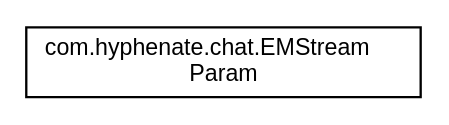
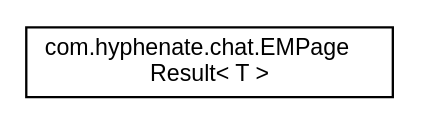
The diagram in static/apidoc/android/chat3.0/inherit_graph_56.dot (easemob/www.easemob.com), drawn with Graphviz before and after one commit. The commit also changed 345 other files, not shown here.

```diff
--- a/static/apidoc/android/chat3.0/inherit_graph_56.dot
+++ b/static/apidoc/android/chat3.0/inherit_graph_56.dot
@@ -1,7 +1,7 @@
 digraph "类继承关系图"
 {
   edge [fontname="Helvetica",fontsize="10",labelfontname="Helvetica",labelfontsize="10"];
   node [fontname="Helvetica",fontsize="10",shape=record];
   rankdir="LR";
-  Node1 [label="com.hyphenate.chat.EMStream\lParam",height=0.2,width=0.4,color="black", fillcolor="white", style="filled",URL="$classcom_1_1hyphenate_1_1chat_1_1EMStreamParam.html"];
+  Node1 [label="com.hyphenate.chat.EMPage\lResult\< T \>",height=0.2,width=0.4,color="black", fillcolor="white", style="filled",URL="$classcom_1_1hyphenate_1_1chat_1_1EMPageResult.html"];
 }
```
